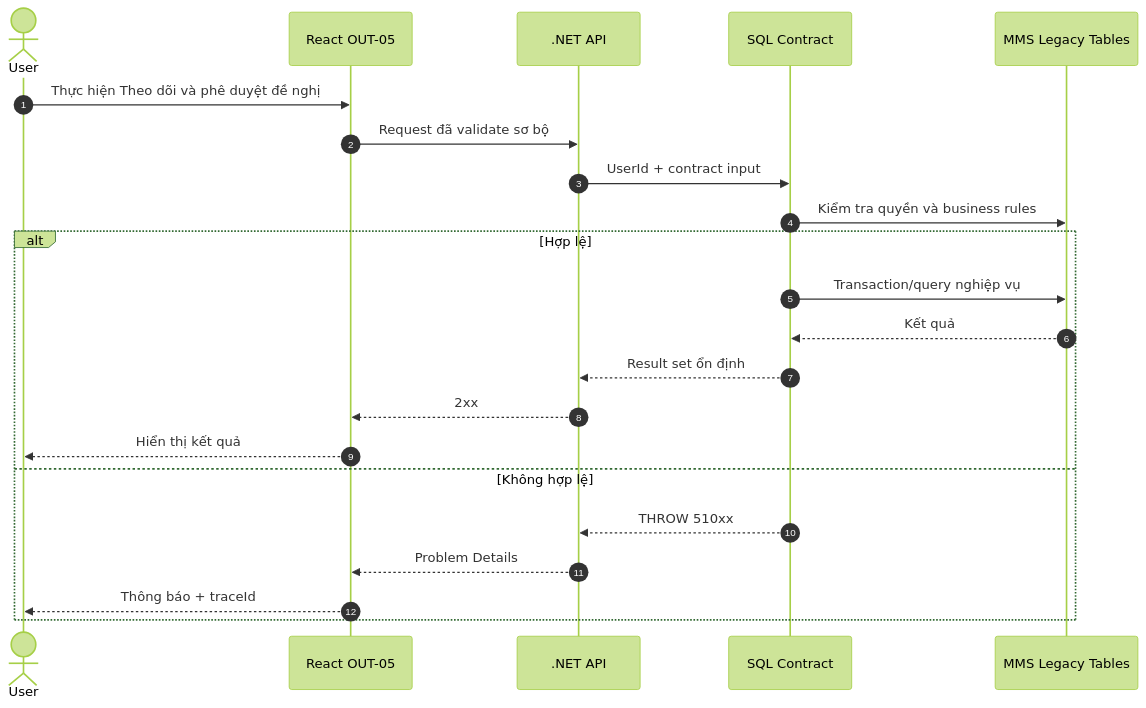
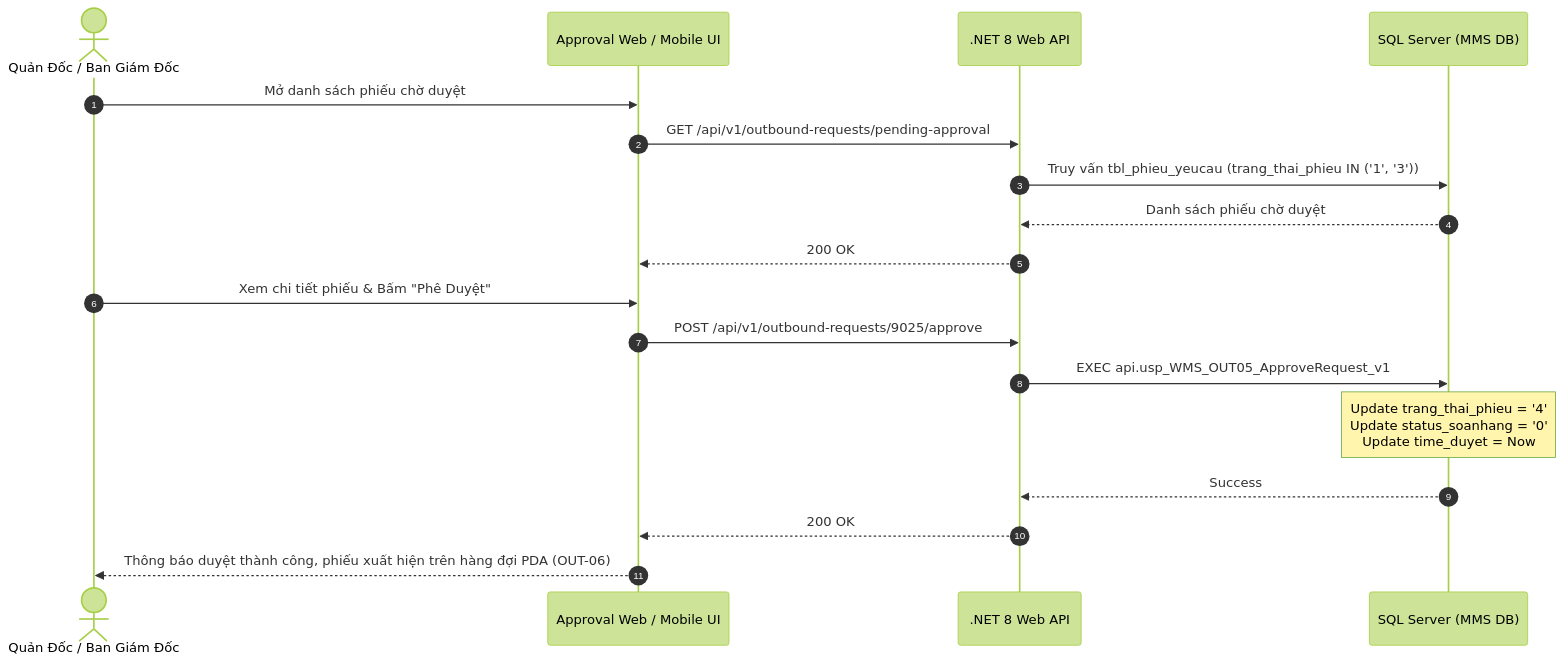
One commit to Sohoa-KNSG/mms changed the diagram in docs/03-use-cases/UC-24_OUT-05.md. Above: the diagram before and after it, drawn with Mermaid (forest theme). The commit also changed other lines of this file and 43 other files, not shown here.

````diff
--- a/docs/03-use-cases/UC-24_OUT-05.md
+++ b/docs/03-use-cases/UC-24_OUT-05.md
@@ -228,24 +160,21 @@
-~~~mermaid
+```mermaid
 sequenceDiagram
     autonumber
-    actor User
-    participant UI as React OUT-05
-    participant API as .NET API
-    participant SP as SQL Contract
-    participant DB as MMS Legacy Tables
-    User->>UI: Thực hiện Theo dõi và phê duyệt đề nghị
-    UI->>API: Request đã validate sơ bộ
-    API->>SP: UserId + contract input
-    SP->>DB: Kiểm tra quyền và business rules
-    alt Hợp lệ
-        SP->>DB: Transaction/query nghiệp vụ
-        DB-->>SP: Kết quả
-        SP-->>API: Result set ổn định
-        API-->>UI: 2xx
-        UI-->>User: Hiển thị kết quả
-    else Không hợp lệ
-        SP-->>API: THROW 510xx
-        API-->>UI: Problem Details
-        UI-->>User: Thông báo + traceId
-    end
-~~~
+    actor Manager as Quản Đốc / Ban Giám Đốc
+    participant UI as Approval Web / Mobile UI
+    participant API as .NET 8 Web API
+    participant DB as SQL Server (MMS DB)
+
+    Manager->>UI: Mở danh sách phiếu chờ duyệt
+    UI->>API: GET /api/v1/outbound-requests/pending-approval
+    API->>DB: Truy vấn tbl_phieu_yeucau (trang_thai_phieu IN ('1', '3'))
+    DB-->>API: Danh sách phiếu chờ duyệt
+    API-->>UI: 200 OK
+    Manager->>UI: Xem chi tiết phiếu & Bấm "Phê Duyệt"
+    UI->>API: POST /api/v1/outbound-requests/9025/approve
+    API->>DB: EXEC api.usp_WMS_OUT05_ApproveRequest_v1
+    Note over DB: Update trang_thai_phieu = '4'<br/>Update status_soanhang = '0'<br/>Update time_duyet = Now
+    DB-->>API: Success
+    API-->>UI: 200 OK
+    UI-->>Manager: Thông báo duyệt thành công, phiếu xuất hiện trên hàng đợi PDA (OUT-06)
+```
````
